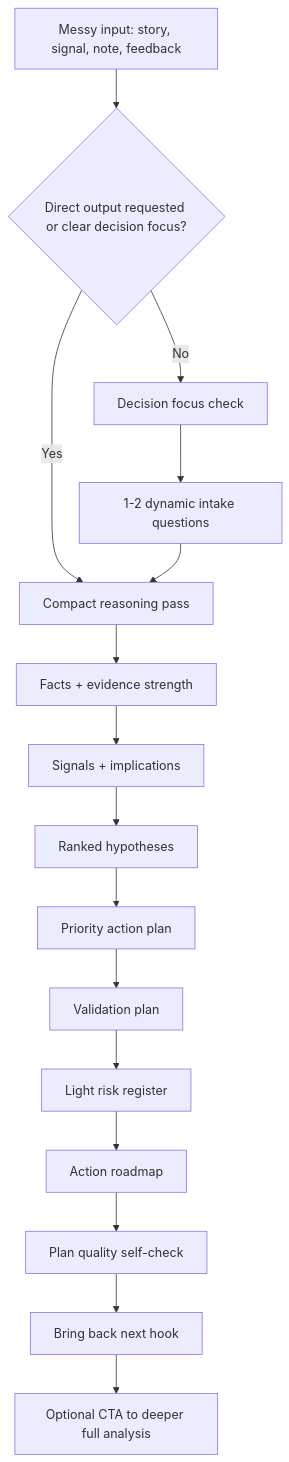
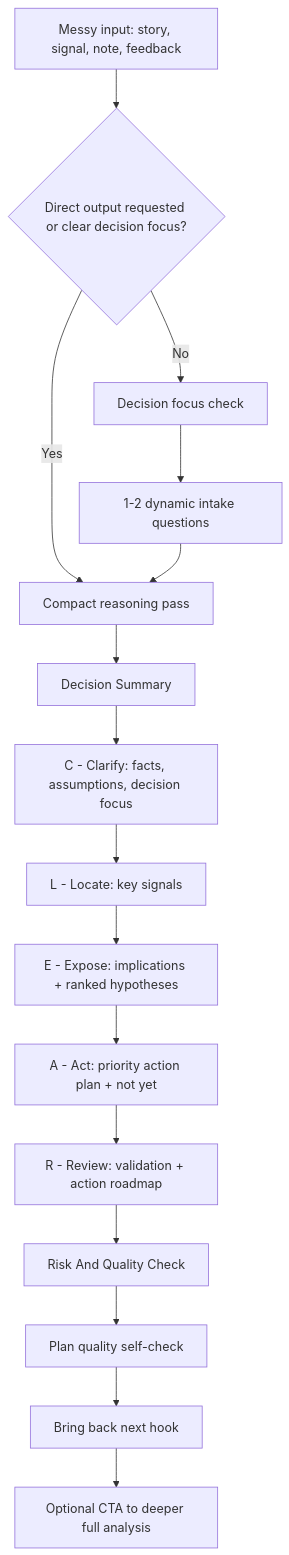
One commit to fzfclee/signal-to-action-planner changed the diagram in conversation_flow.md. Above: the diagram before and after it, drawn with Mermaid. The commit also changed other lines of this file and 4 other files, not shown here.

````diff
--- a/conversation_flow.md
+++ b/conversation_flow.md
@@ -10,18 +10,18 @@
 ```mermaid
 flowchart TD
     A["Messy input: story, signal, note, feedback"] --> B{"Direct output requested or clear decision focus?"}
     B -->|Yes| E["Compact reasoning pass"]
     B -->|No| C["Decision focus check"]
     C --> D["1-2 dynamic intake questions"]
     D --> E
-    E --> F["Facts + evidence strength"]
-    F --> G["Signals + implications"]
-    G --> H["Ranked hypotheses"]
-    H --> I["Priority action plan"]
-    I --> J["Validation plan"]
-    J --> K["Light risk register"]
-    K --> L["Action roadmap"]
+    E --> F["Decision Summary"]
+    F --> G["C - Clarify: facts, assumptions, decision focus"]
+    G --> H["L - Locate: key signals"]
+    H --> I["E - Expose: implications + ranked hypotheses"]
+    I --> J["A - Act: priority action plan + not yet"]
+    J --> K["R - Review: validation + action roadmap"]
+    K --> L["Risk And Quality Check"]
     L --> M["Plan quality self-check"]
     M --> N["Bring back next hook"]
     N --> O["Optional CTA to deeper full analysis"]
 ```
````
